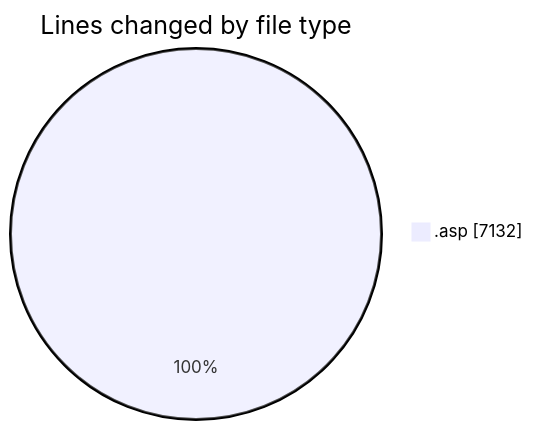
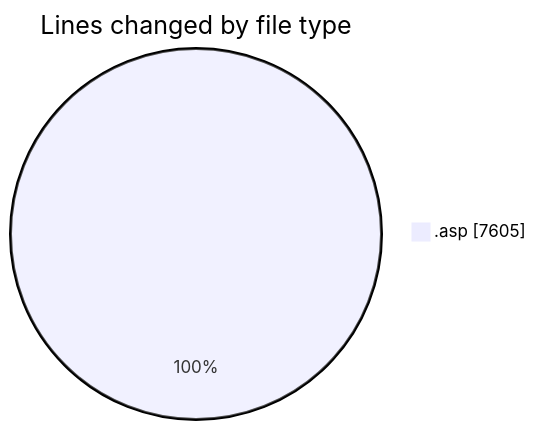
One commit to julien-gomy/code-tracking changed the first of 2 diagrams in 2025-11-15/cdp_aleoudev_fr__workspace_/README.md. Above: the diagram before and after it, drawn with Mermaid. The commit also changed other lines of this file and 1 other file, not shown here.

````diff
--- a/2025-11-15/cdp_aleoudev_fr__workspace_/README.md
+++ b/2025-11-15/cdp_aleoudev_fr__workspace_/README.md
@@ -30,5 +31,5 @@
 ```mermaid
 pie showData
 title Lines changed by file type
-".asp" : 7132
+".asp" : 7605
 ```
````
